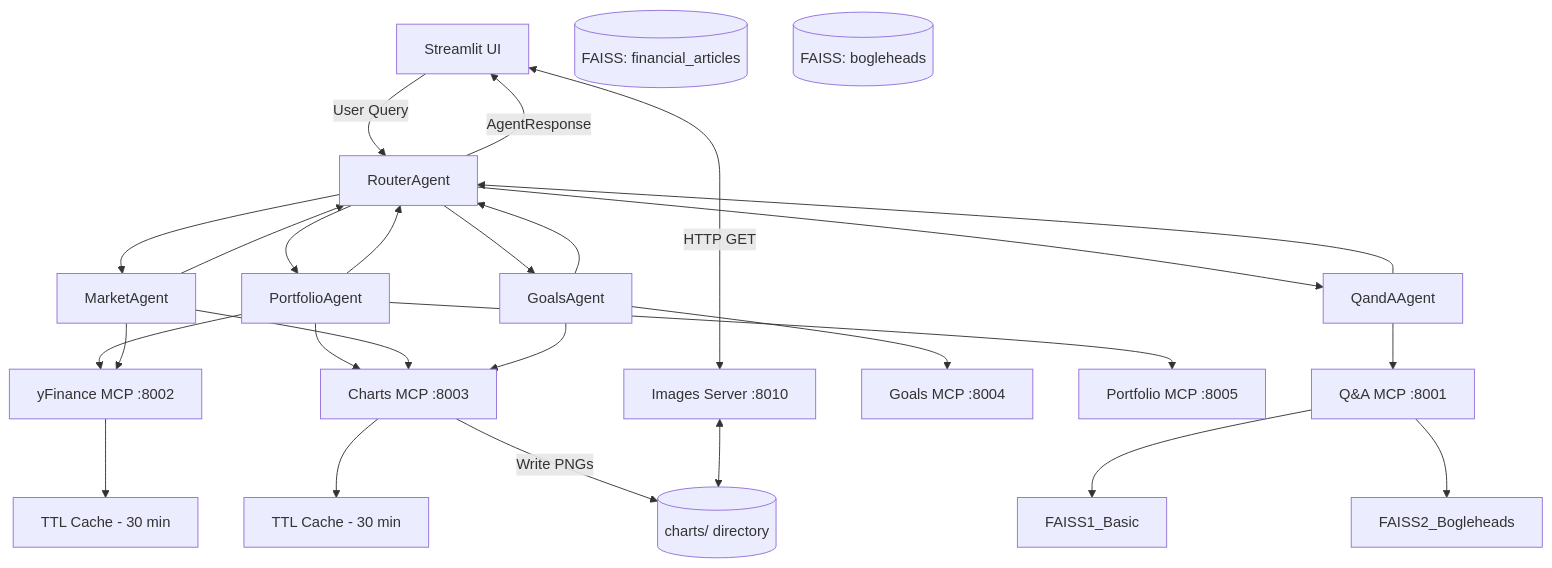
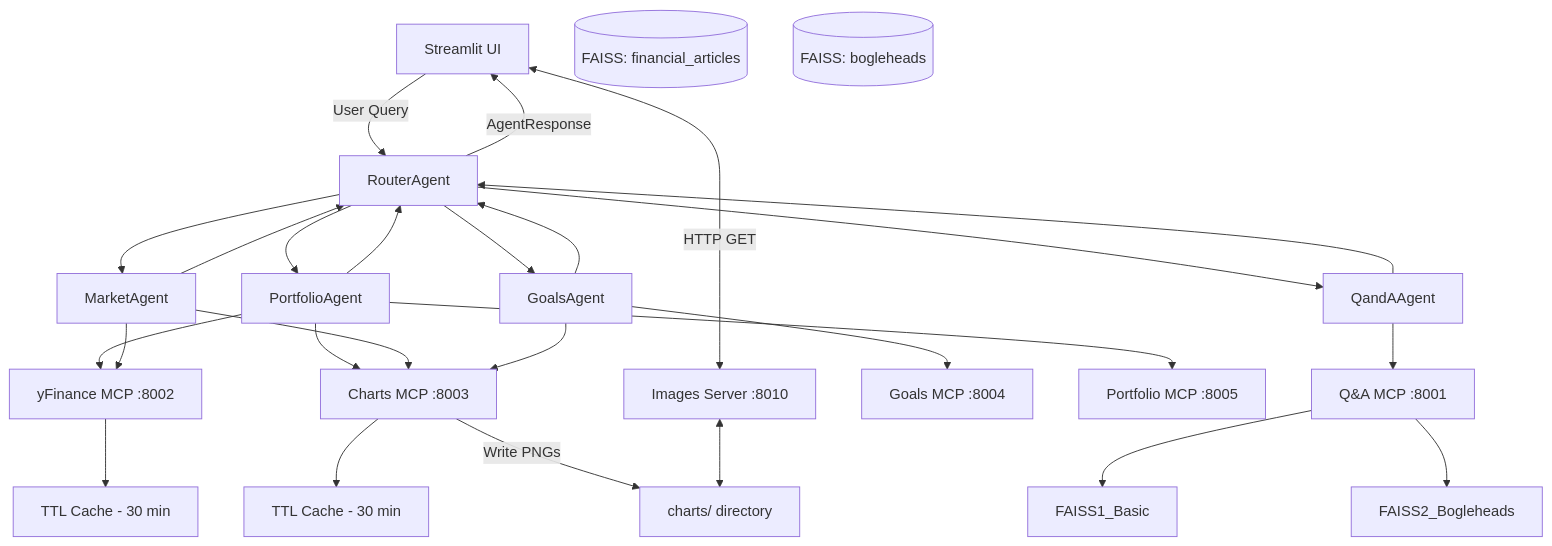
The first of 2 diagrams in README.md (numberpete/finnie_ai), drawn with Mermaid before and after one commit.

Commit message:
corrected architecture

````diff
--- a/README.md
+++ b/README.md
@@ -155,61 +155,61 @@
 ```mermaid
 flowchart TB
     UI[Streamlit UI]
     Router[RouterAgent]
     
     PortfolioAgent[PortfolioAgent]
     MarketAgent[MarketAgent]
     GoalsAgent[GoalsAgent]
     QandAAgent[QandAAgent]
     
     QAMCP[Q&A MCP :8001]
     YFinanceMCP[yFinance MCP :8002]
     ChartsMCP[Charts MCP :8003]
     GoalsMCP[Goals MCP :8004]
     PortfolioMCP[Portfolio MCP :8005]
     
     FAISS1[(FAISS: financial_articles)]
     FAISS2[(FAISS: bogleheads)]
     
     YFinanceCache[TTL Cache - 30 min]
     ChartsCache[TTL Cache - 30 min]
     
     ImagesServer[Images Server :8010]
-    ChartStorage[(charts/ directory)]
+    ChartStorage[charts/ directory]
     
     UI -->|User Query| Router
     
     Router --> PortfolioAgent
     Router --> MarketAgent
     Router --> GoalsAgent
     Router --> QandAAgent
     
     PortfolioAgent --> PortfolioMCP
     PortfolioAgent --> YFinanceMCP
     PortfolioAgent --> ChartsMCP
     
     MarketAgent --> YFinanceMCP
     MarketAgent --> ChartsMCP
     
     GoalsAgent --> GoalsMCP
     GoalsAgent --> ChartsMCP
     
     QandAAgent --> QAMCP
     
     QAMCP --> FAISS1_Basic
     QAMCP --> FAISS2_Bogleheads
     
     YFinanceMCP --> YFinanceCache
     ChartsMCP --> ChartsCache
     
     ChartsMCP -->|Write PNGs| ChartStorage
    ImagesServer <--> ChartStorage 
     UI <-->|HTTP GET| ImagesServer
     
     PortfolioAgent --> Router
     MarketAgent --> Router
     GoalsAgent --> Router
     QandAAgent --> Router
     
     Router -->|AgentResponse| UI
 ```
````
